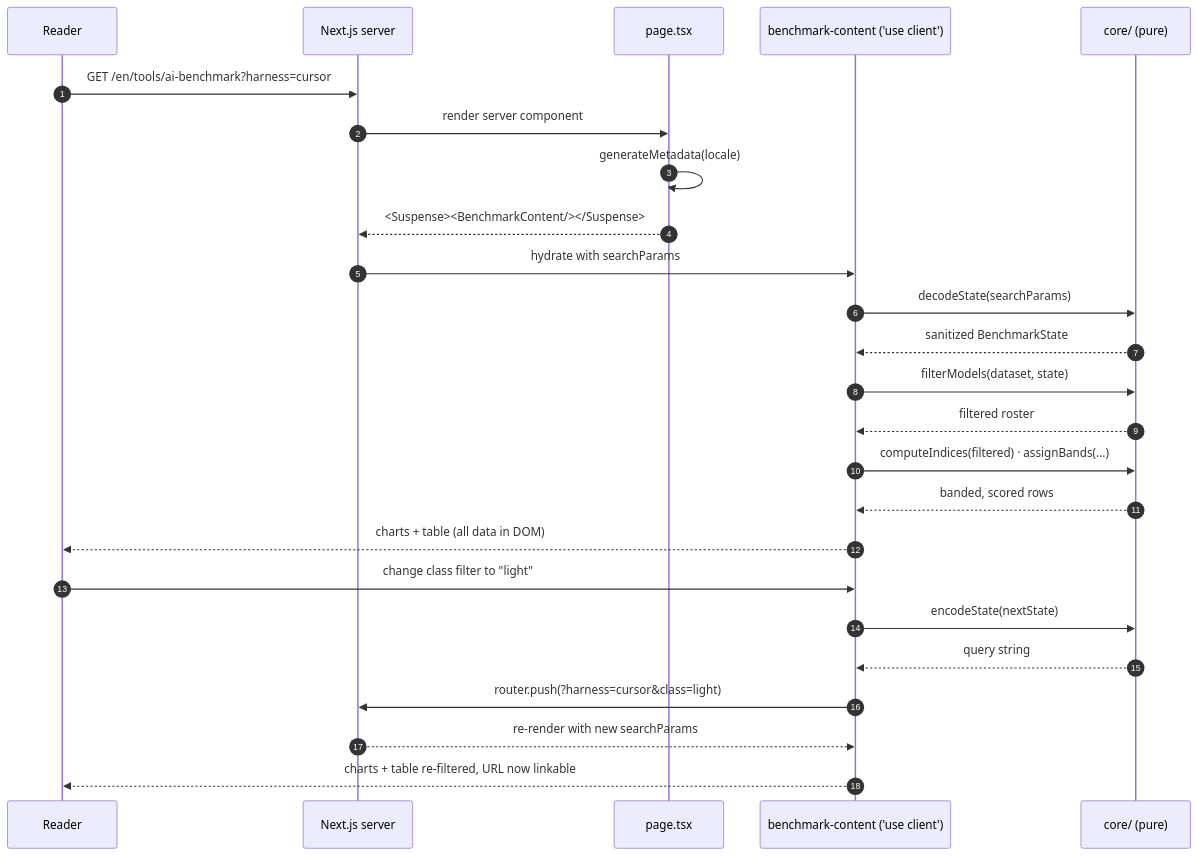
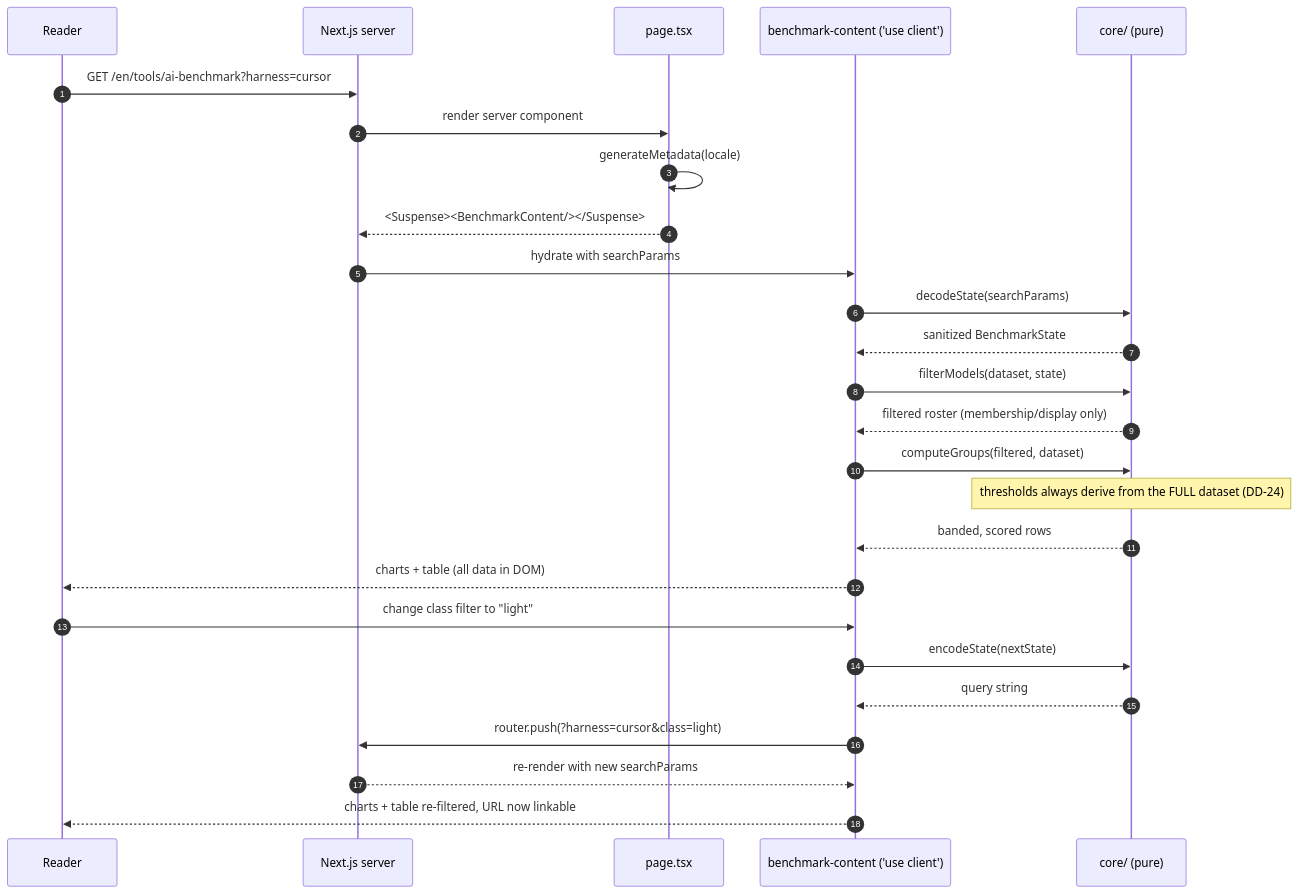
Before and after one commit to wahidyankf/open-sharia-fintech: the third of 7 diagrams in plans/in-progress/ayokoding-www-tools-ai-benchmark/tech-docs.md, drawn with Mermaid. The commit also changed other lines of this file and 10 other files, not shown here.

````diff
--- a/plans/in-progress/ayokoding-www-tools-ai-benchmark/tech-docs.md
+++ b/plans/in-progress/ayokoding-www-tools-ai-benchmark/tech-docs.md
@@ -78,30 +78,31 @@
 ```mermaid
 %% Order of operations across server render and client filter interaction
 sequenceDiagram
   autonumber
   participant R as Reader
   participant N as Next.js server
   participant PG as page.tsx
   participant BC as benchmark-content ('use client')
   participant C as core/ (pure)
 
   R->>N: GET /en/tools/ai-benchmark?harness=cursor
   N->>PG: render server component
   PG->>PG: generateMetadata(locale)
   PG-->>N: <Suspense><BenchmarkContent/></Suspense>
   N->>BC: hydrate with searchParams
   BC->>C: decodeState(searchParams)
   C-->>BC: sanitized BenchmarkState
   BC->>C: filterModels(dataset, state)
-  C-->>BC: filtered roster
-  BC->>C: computeIndices(filtered) · assignBands(...)
+  C-->>BC: filtered roster (membership/display only)
+  BC->>C: computeGroups(filtered, dataset)
+  Note over C: thresholds always derive from the FULL dataset (DD-24)
   C-->>BC: banded, scored rows
   BC-->>R: charts + table (all data in DOM)
 
   R->>BC: change class filter to "light"
   BC->>C: encodeState(nextState)
   C-->>BC: query string
   BC->>N: router.push(?harness=cursor&class=light)
   N-->>BC: re-render with new searchParams
   BC-->>R: charts + table re-filtered, URL now linkable
 ```
````
